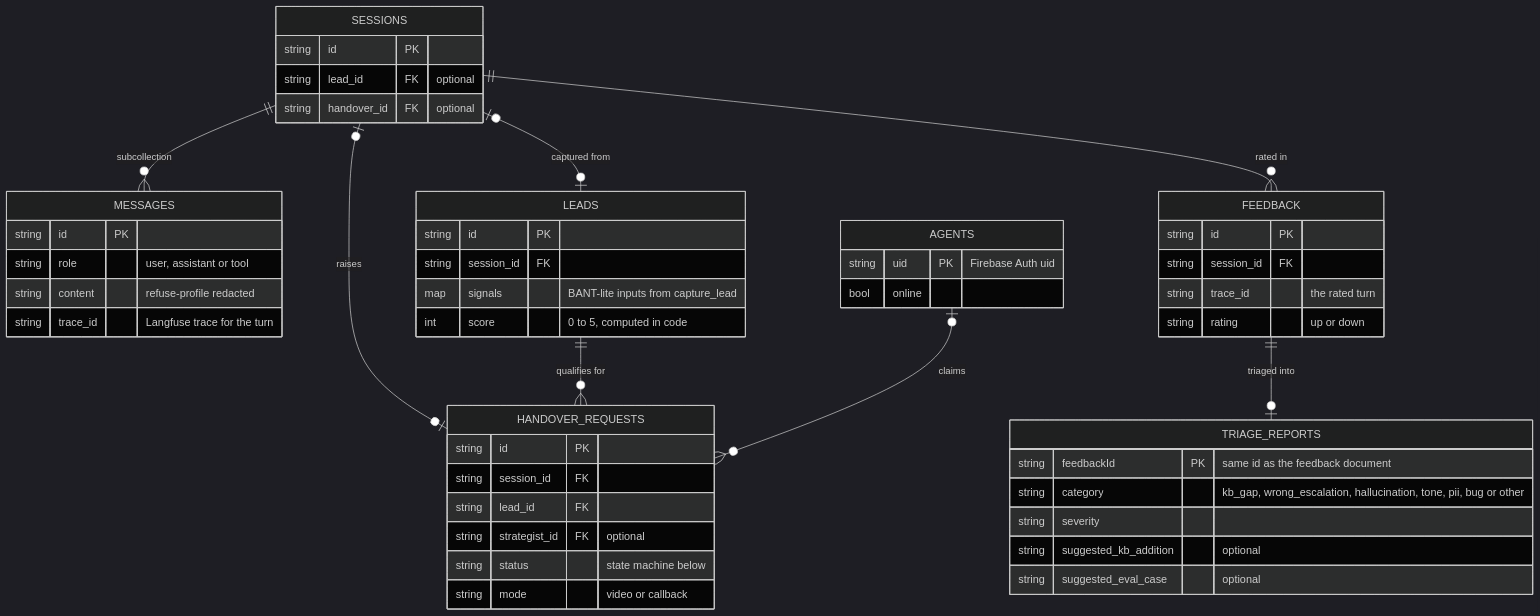
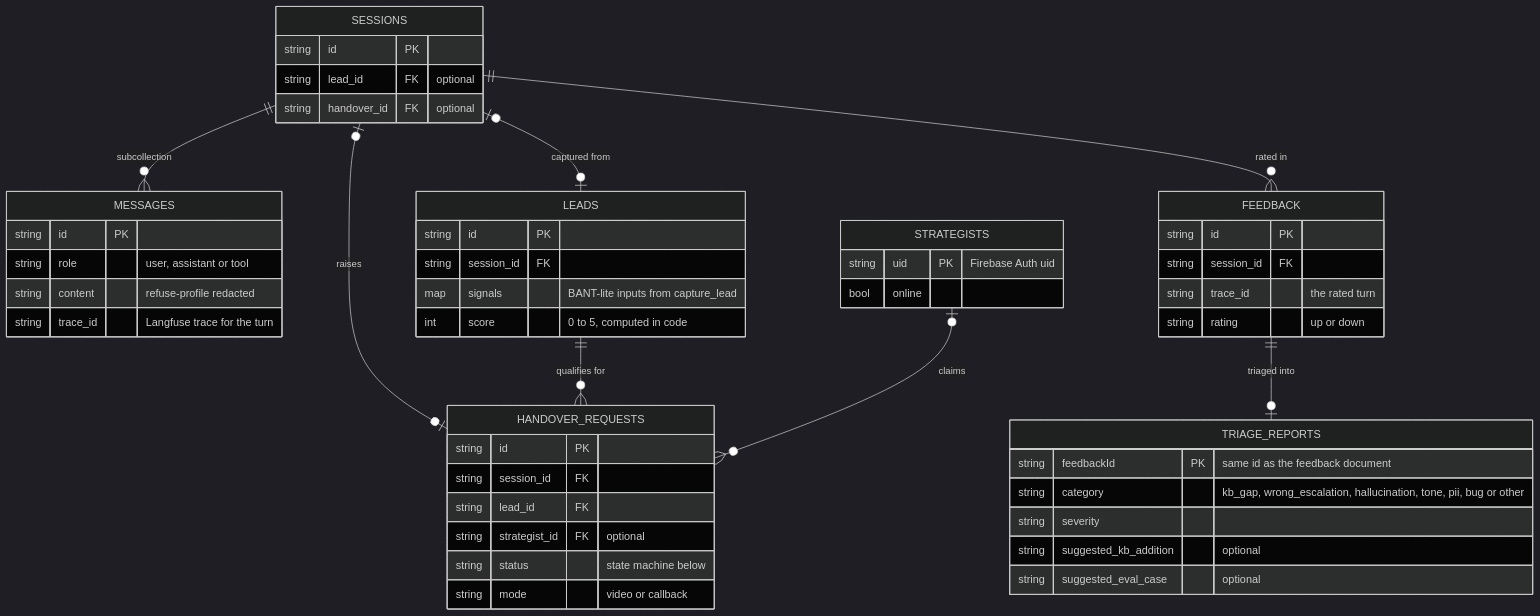
Before and after one commit to gsbecerrag/cadre-ai-challenge: the sixth of 7 diagrams in docs/architecture.md, drawn with Mermaid (dark theme). The commit also changed 2 other files, not shown here.

Commit message:
docs: align ADR and architecture vocabulary with CONTEXT.md (Strategist, strategists collection)

````diff
--- a/docs/architecture.md
+++ b/docs/architecture.md
@@ -170,52 +170,52 @@
 ```mermaid
 erDiagram
   SESSIONS ||--o{ MESSAGES : "subcollection"
   SESSIONS |o--o| LEADS : "captured from"
   SESSIONS |o--o| HANDOVER_REQUESTS : "raises"
   LEADS ||--o{ HANDOVER_REQUESTS : "qualifies for"
-  AGENTS |o--o{ HANDOVER_REQUESTS : "claims"
+  STRATEGISTS |o--o{ HANDOVER_REQUESTS : "claims"
   SESSIONS ||--o{ FEEDBACK : "rated in"
   FEEDBACK ||--o| TRIAGE_REPORTS : "triaged into"
   SESSIONS {
     string id PK
     string lead_id FK "optional"
     string handover_id FK "optional"
   }
   MESSAGES {
     string id PK
     string role "user, assistant or tool"
     string content "refuse-profile redacted"
     string trace_id "Langfuse trace for the turn"
   }
   LEADS {
     string id PK
     string session_id FK
     map signals "BANT-lite inputs from capture_lead"
     int score "0 to 5, computed in code"
   }
   HANDOVER_REQUESTS {
     string id PK
     string session_id FK
     string lead_id FK
     string strategist_id FK "optional"
     string status "state machine below"
     string mode "video or callback"
   }
-  AGENTS {
+  STRATEGISTS {
     string uid PK "Firebase Auth uid"
     bool online
   }
   FEEDBACK {
     string id PK
     string session_id FK
     string trace_id "the rated turn"
     string rating "up or down"
   }
   TRIAGE_REPORTS {
     string feedbackId PK "same id as the feedback document"
     string category "kb_gap, wrong_escalation, hallucination, tone, pii, bug or other"
     string severity
     string suggested_kb_addition "optional"
     string suggested_eval_case "optional"
   }
 ```
````
